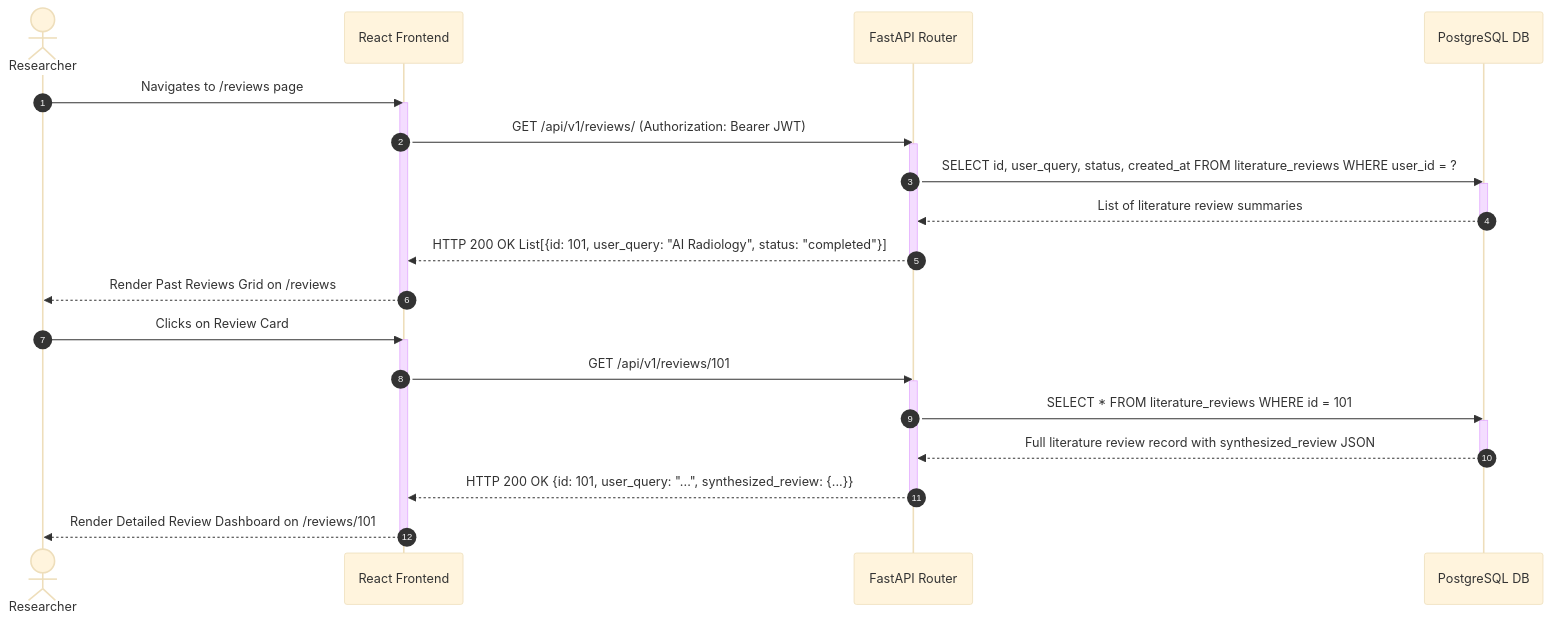
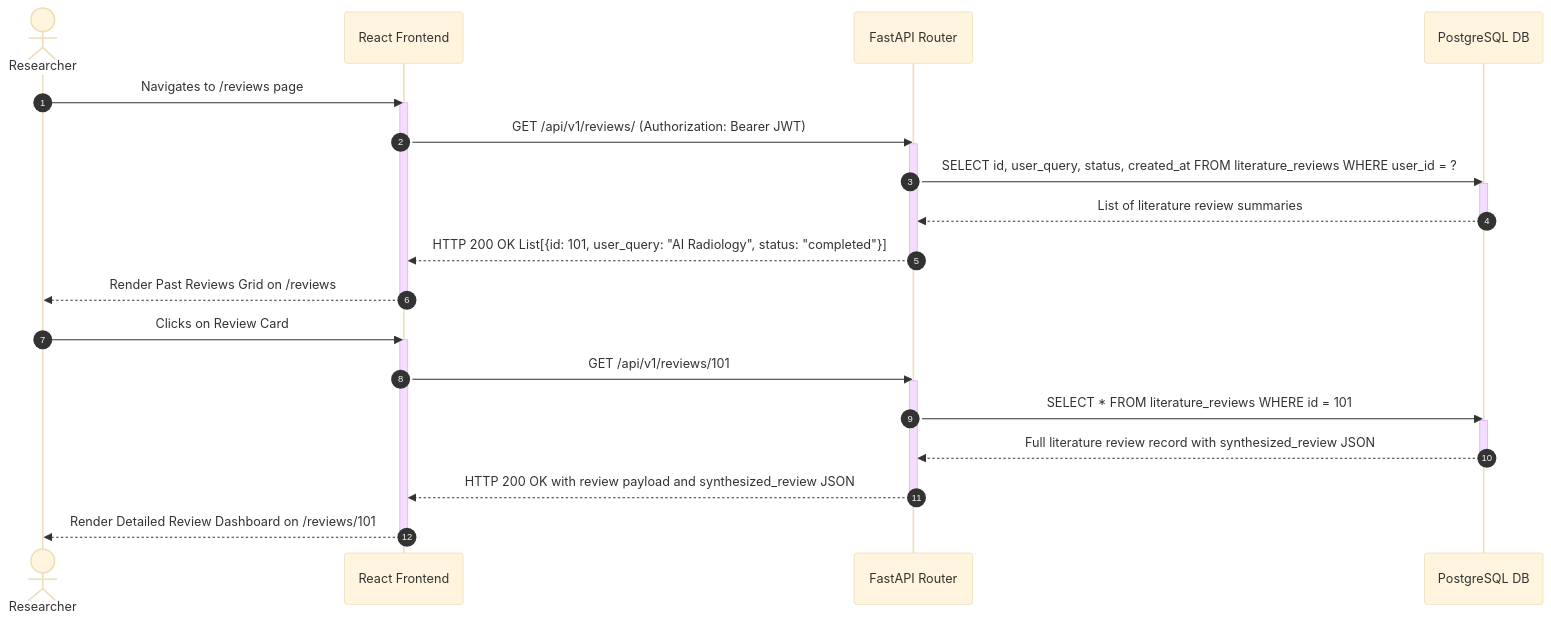
One commit to saumyashah0510/Multi-Agent-Research-System-Architecture changed the sixth of 7 diagrams in docs/diagrams/sequence.md. Above: the diagram before and after it, drawn with Mermaid (base theme). The commit also changed other lines of this file and 5 other files, not shown here.

Commit message:
docs: update multi-source resolver design, full-text gatekeeper, and fix mermaid diagrams

````diff
--- a/docs/diagrams/sequence.md
+++ b/docs/diagrams/sequence.md
@@ -282,34 +284,34 @@
 ```mermaid
 sequenceDiagram
     autonumber
     actor User as Researcher
     participant FE as React Frontend
     participant API as FastAPI Router
     participant DB as PostgreSQL DB
 
     User->>FE: Navigates to /reviews page
     activate FE
     FE->>API: GET /api/v1/reviews/ (Authorization: Bearer JWT)
     activate API
     API->>DB: SELECT id, user_query, status, created_at FROM literature_reviews WHERE user_id = ?
     activate DB
     DB-->>API: List of literature review summaries
     deactivate DB
     API-->>FE: HTTP 200 OK List[{id: 101, user_query: "AI Radiology", status: "completed"}]
     deactivate API
     FE-->>User: Render Past Reviews Grid on /reviews
     deactivate FE
 
     User->>FE: Clicks on Review Card #101
     activate FE
     FE->>API: GET /api/v1/reviews/101
     activate API
     API->>DB: SELECT * FROM literature_reviews WHERE id = 101
     activate DB
     DB-->>API: Full literature review record with synthesized_review JSON
     deactivate DB
-    API-->>FE: HTTP 200 OK {id: 101, user_query: "...", synthesized_review: {...}}
+    API-->>FE: HTTP 200 OK with review payload and synthesized_review JSON
     deactivate API
     FE-->>User: Render Detailed Review Dashboard on /reviews/101
     deactivate FE
 ```
````
